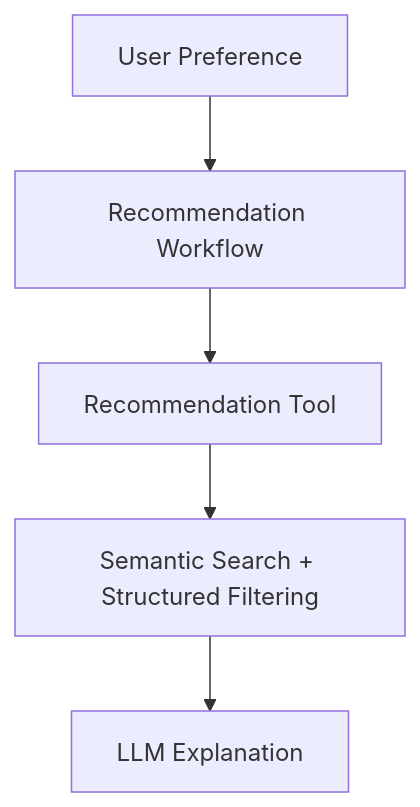
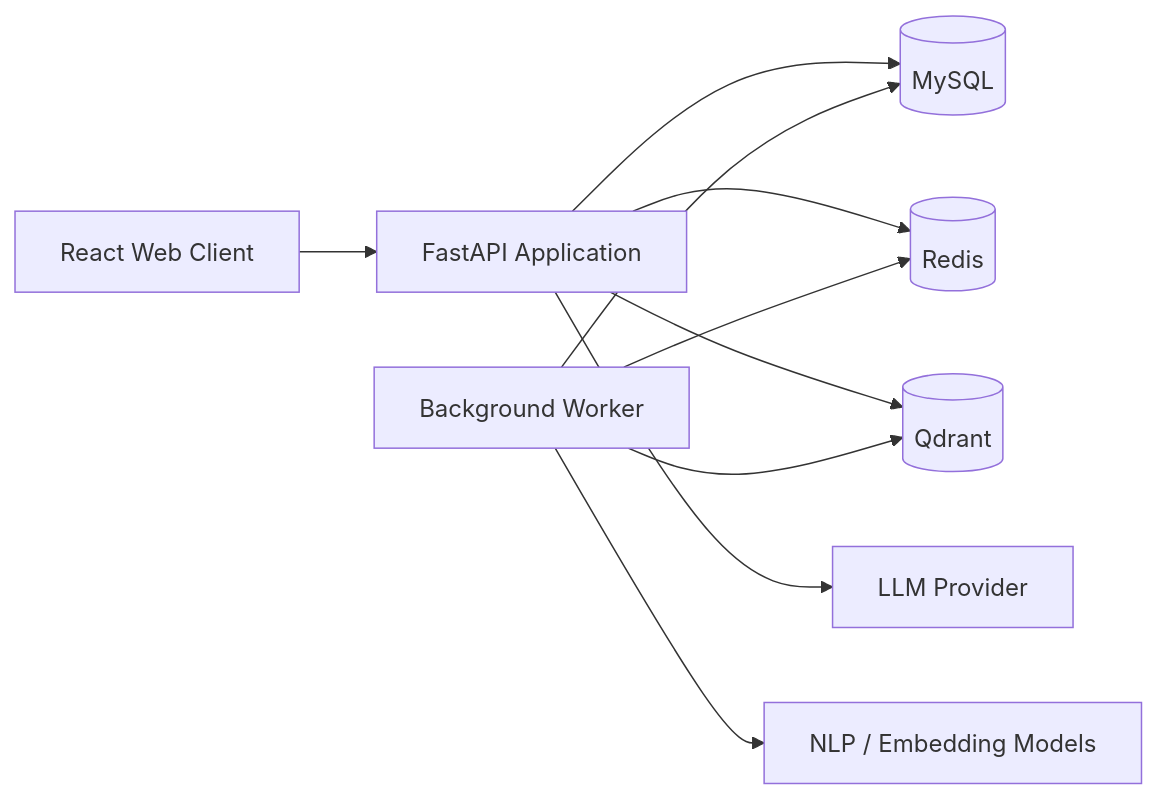
Before and after one commit to Rachit47/Arcademia-AI: the ninth of 9 diagrams in docs/ArcademiaAI_Software_Design_Document.md, drawn with Mermaid. The commit also changed other lines of this file, not shown here.

````diff
--- a/docs/ArcademiaAI_Software_Design_Document.md
+++ b/docs/ArcademiaAI_Software_Design_Document.md
@@ -2261,14 +1207,14 @@
 ```mermaid
-flowchart TD
+flowchart LR
+    Client[React Web Client] --> API[FastAPI Application]
 
-Preference[User Preference]
-Workflow[Recommendation Workflow]
-Tool[Recommendation Tool]
-Search[Semantic Search + Structured Filtering]
-LLM[LLM Explanation]
+    API --> DB[(MySQL)]
+    API --> Cache[(Redis)]
+    API --> Vector[(Qdrant)]
+    API --> LLM[LLM Provider]
 
-Preference --> Workflow
-Workflow --> Tool
-Tool --> Search
-Search --> LLM
+    Worker[Background Worker] --> DB
+    Worker --> Cache
+    Worker --> Vector
+    Worker --> NLP[NLP / Embedding Models]
 ```
````
